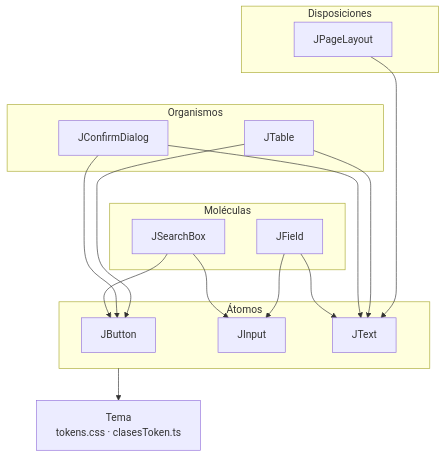
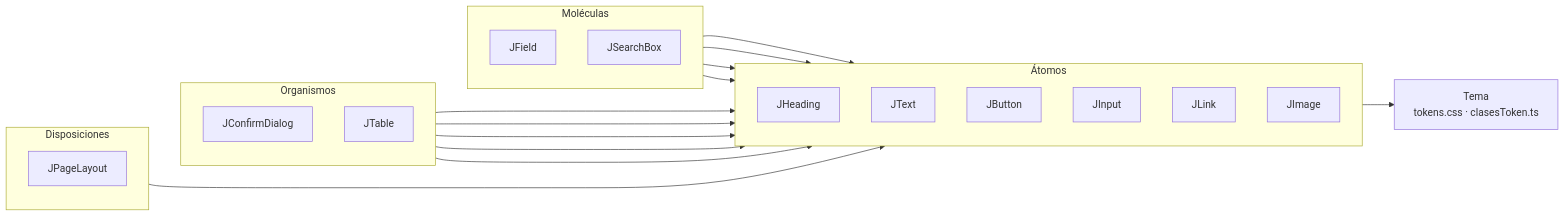
The second of 6 diagrams in libros/jona-para-arquitectos/capitulos/13-construir-sistema-de-diseno.md (Jofrantoba-Coding/patron-frontend-jona), drawn with Mermaid before and after one commit. The commit also changed other lines of this file and 152 other files, not shown here.

````diff
--- a/libros/jona-para-arquitectos/capitulos/13-construir-sistema-de-diseno.md
+++ b/libros/jona-para-arquitectos/capitulos/13-construir-sistema-de-diseno.md
@@ -88,27 +90,34 @@
 ```mermaid
-flowchart TB
+flowchart LR
   subgraph D["Disposiciones"]
+    direction TB
     PL[JPageLayout]
   end
   subgraph O["Organismos"]
+    direction TB
+    CD[JConfirmDialog]
     TBL[JTable]
-    CD[JConfirmDialog]
   end
   subgraph M["Moléculas"]
+    direction TB
     FI[JField]
     SB[JSearchBox]
   end
   subgraph A["Átomos"]
+    direction TB
+    HD[JHeading]
+    TX[JText]
     BU[JButton]
     IN[JInput]
-    TX[JText]
+    LK[JLink]
+    IM[JImage]
   end
   T["Tema<br/>tokens.css · clasesToken.ts"]
-  PL --> TX
-  TBL --> BU & TX
-  CD --> BU & TX
-  FI --> IN & TX
-  SB --> IN & BU
+  PL --> HD
+  CD --> HD & TX & BU
+  TBL --> TX & BU
+  FI --> TX & IN
+  SB --> BU & IN
   A --> T
   D ~~~ O ~~~ M
 ```
````
